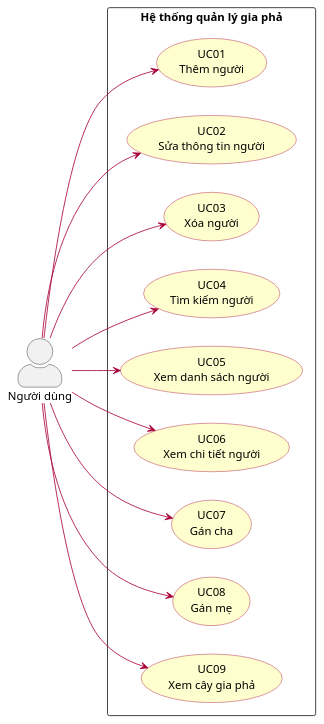
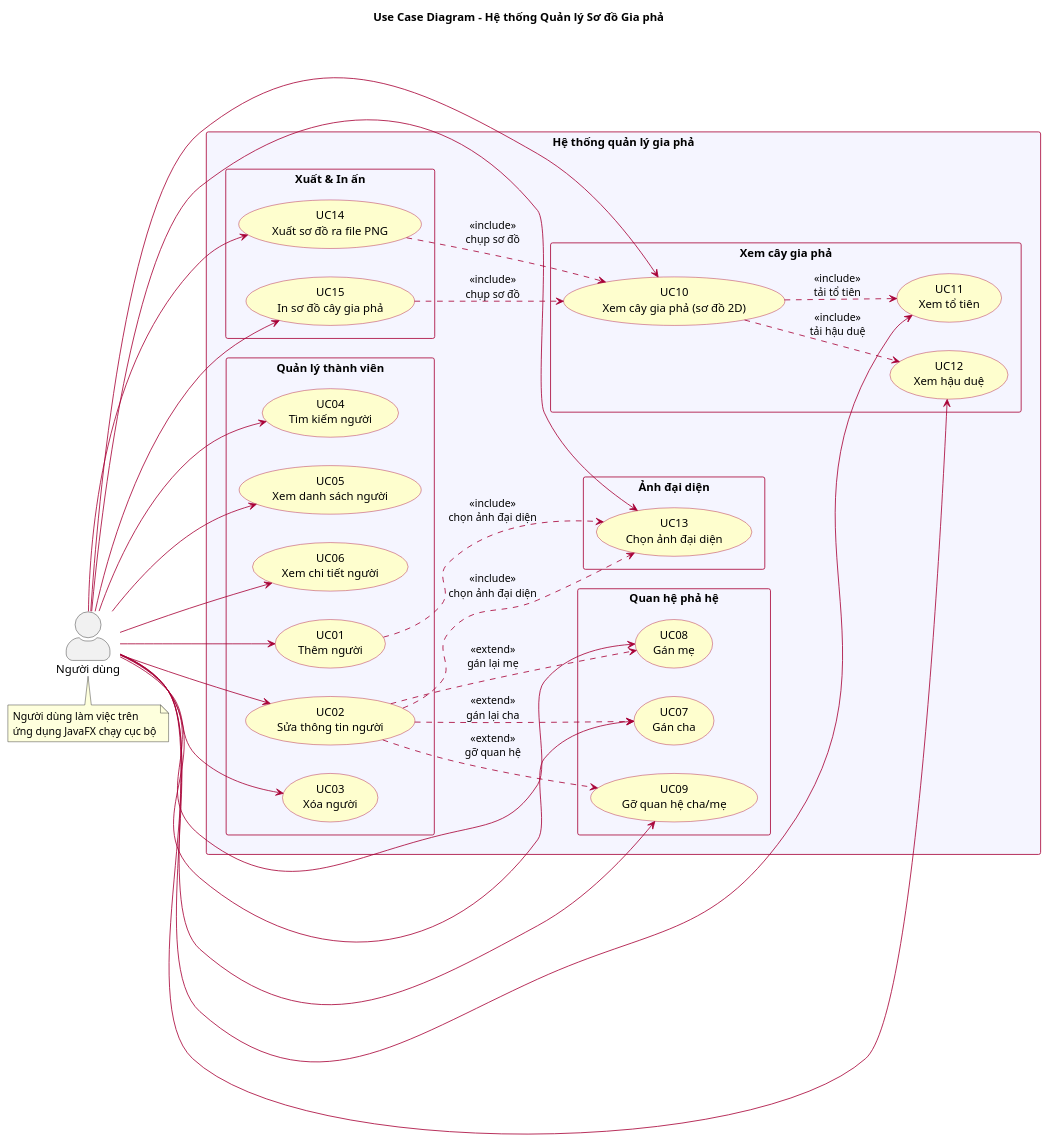
The diagram in docs/uml/use-case.puml (minhchien170704/do-an-gia-pha), drawn with PlantUML before and after one commit. The commit also changed 34 other files, not shown here.

```diff
--- a/docs/uml/use-case.puml
+++ b/docs/uml/use-case.puml
@@ -1,36 +1,98 @@
 @startuml use-case
+
+title Use Case Diagram - Hệ thống Quản lý Sơ đồ Gia phả
 
 left to right direction
 skinparam actorStyle awesome
 skinparam packageStyle rectangle
 skinparam usecase {
     BackgroundColor #FEFECE
     BorderColor #A80036
     ArrowColor #A80036
 }
+skinparam rectangle {
+    BackgroundColor #F5F5FF
+    BorderColor #A80036
+}
+skinparam ArrowColor #A80036
 
 actor "Người dùng" as User
 
 rectangle "Hệ thống quản lý gia phả" {
-    usecase "UC01\nThêm người" as UC01
-    usecase "UC02\nSửa thông tin người" as UC02
-    usecase "UC03\nXóa người" as UC03
-    usecase "UC04\nTìm kiếm người" as UC04
-    usecase "UC05\nXem danh sách người" as UC05
-    usecase "UC06\nXem chi tiết người" as UC06
-    usecase "UC07\nGán cha" as UC07
-    usecase "UC08\nGán mẹ" as UC08
-    usecase "UC09\nXem cây gia phả" as UC09
+
+    package "Quản lý thành viên" {
+        usecase "UC01\nThêm người" as UC01
+        usecase "UC02\nSửa thông tin người" as UC02
+        usecase "UC03\nXóa người" as UC03
+        usecase "UC04\nTìm kiếm người" as UC04
+        usecase "UC05\nXem danh sách người" as UC05
+        usecase "UC06\nXem chi tiết người" as UC06
+    }
+
+    package "Quan hệ phả hệ" {
+        usecase "UC07\nGán cha" as UC07
+        usecase "UC08\nGán mẹ" as UC08
+        usecase "UC09\nGỡ quan hệ cha/mẹ" as UC09
+    }
+
+    package "Xem cây gia phả" {
+        usecase "UC10\nXem cây gia phả (sơ đồ 2D)" as UC10
+        usecase "UC11\nXem tổ tiên" as UC11
+        usecase "UC12\nXem hậu duệ" as UC12
+    }
+
+    package "Ảnh đại diện" {
+        usecase "UC13\nChọn ảnh đại diện" as UC13
+    }
+
+    package "Xuất & In ấn" {
+        usecase "UC14\nXuất sơ đồ ra file PNG" as UC14
+        usecase "UC15\nIn sơ đồ cây gia phả" as UC15
+    }
 }
 
+' --- Quản lý thành viên ---
 User --> UC01
 User --> UC02
 User --> UC03
 User --> UC04
 User --> UC05
 User --> UC06
+
+' --- Quan hệ phả hệ ---
 User --> UC07
 User --> UC08
 User --> UC09
 
+' --- Xem cây gia phả ---
+User --> UC10
+User --> UC11
+User --> UC12
+
+' --- Ảnh đại diện ---
+User --> UC13
+
+' --- Xuất & In ấn ---
+User --> UC14
+User --> UC15
+
+' --- Quan hệ <<extend>> / <<include>> ---
+UC10 ..> UC11 : <<include>>\ntải tổ tiên
+UC10 ..> UC12 : <<include>>\ntải hậu duệ
+
+UC02 ..> UC07 : <<extend>>\ngán lại cha
+UC02 ..> UC08 : <<extend>>\ngán lại mẹ
+UC02 ..> UC09 : <<extend>>\ngỡ quan hệ
+
+UC01 ..> UC13 : <<include>>\nchọn ảnh đại diện
+UC02 ..> UC13 : <<include>>\nchọn ảnh đại diện
+
+UC14 ..> UC10 : <<include>>\nchụp sơ đồ
+UC15 ..> UC10 : <<include>>\nchụp sơ đồ
+
+note bottom of User
+  Người dùng làm việc trên
+  ứng dụng JavaFX chạy cục bộ
+end note
+
 @enduml
```
